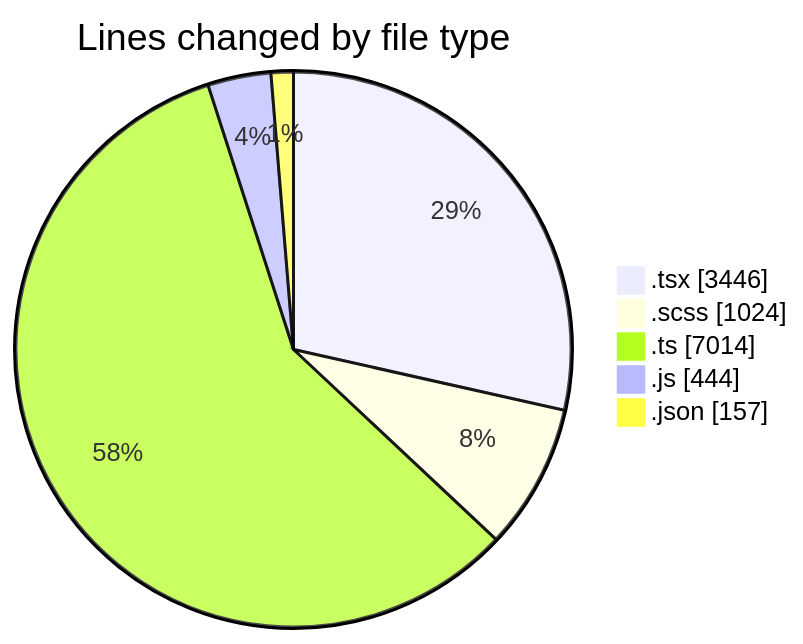
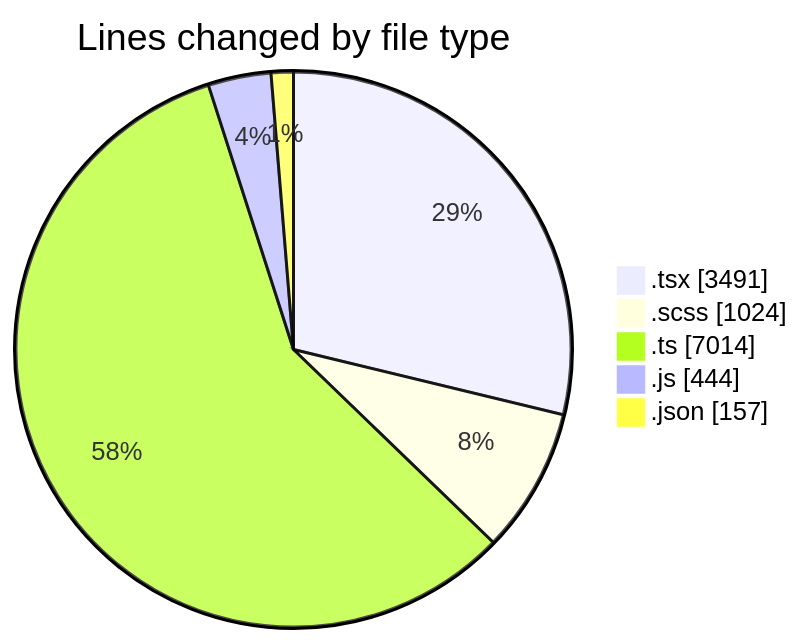
The first of 2 diagrams in 2026-04-23/cda/README.md (momahboobian/code-tracking), drawn with Mermaid before and after one commit. The commit also changed other lines of this file and 1 other file, not shown here.

````diff
--- a/2026-04-23/cda/README.md
+++ b/2026-04-23/cda/README.md
@@ -41,9 +42,9 @@
 ```mermaid
 pie showData
 title Lines changed by file type
-".tsx" : 3446
+".tsx" : 3491
 ".scss" : 1024
 ".ts" : 7014
 ".js" : 444
 ".json" : 157
 ```
````
